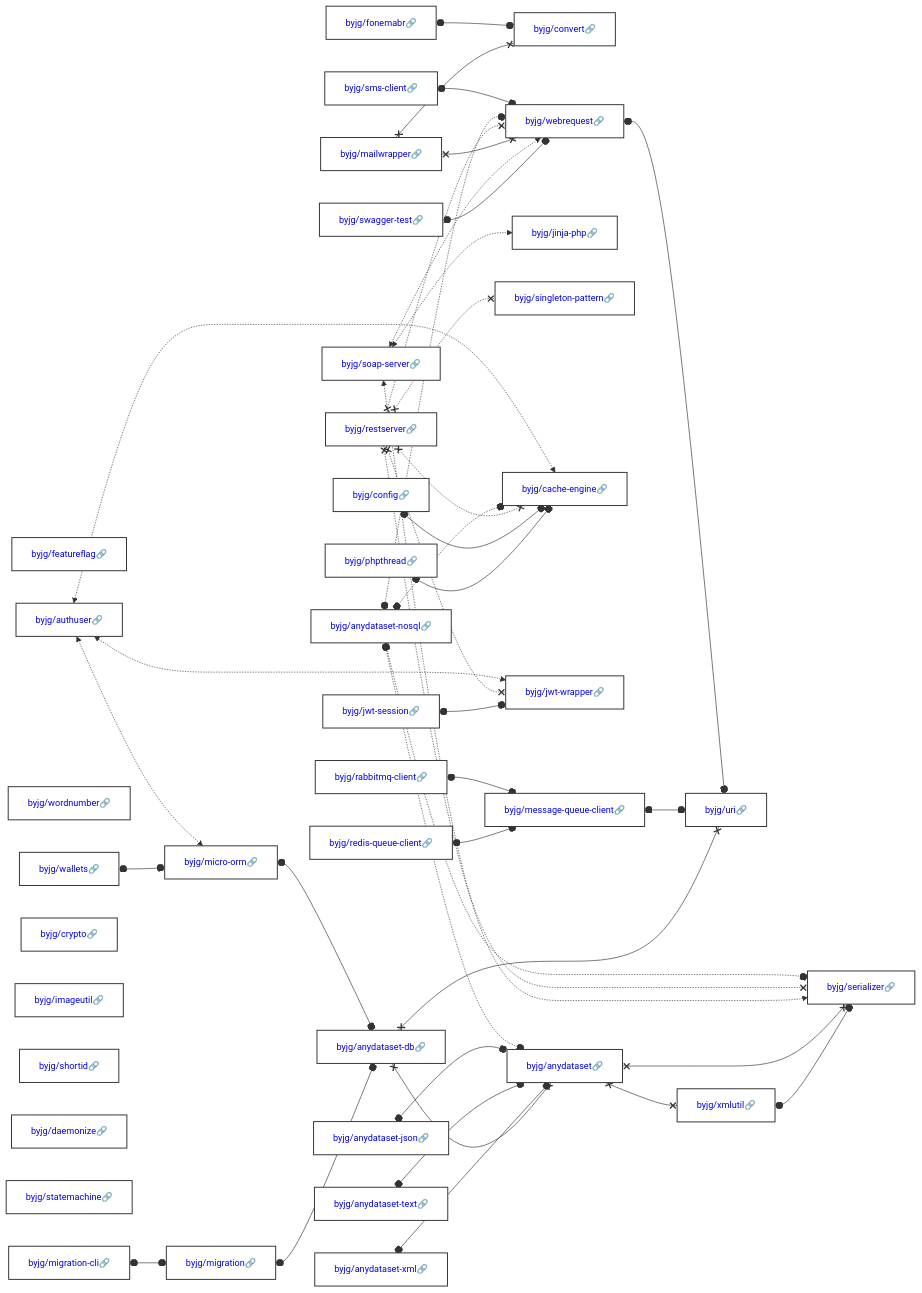
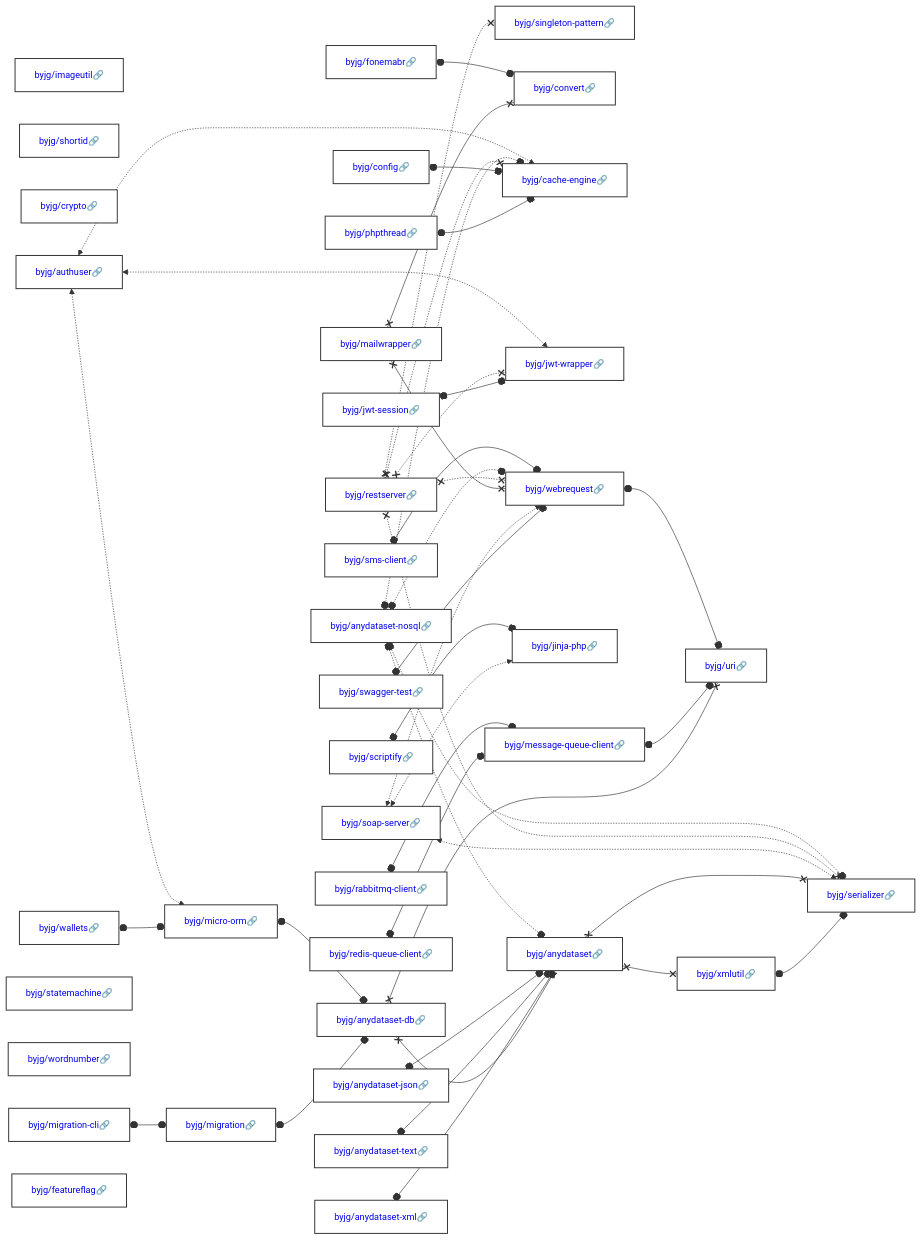
Before and after one commit to byjg/byjg.github.io: the diagram in docs/php/README.md, drawn with Mermaid. The commit also changed 8 other files, not shown here.

Commit message:
Update documentation 'php' 'php-scriptify'

````diff
--- a/docs/php/README.md
+++ b/docs/php/README.md
@@ -3,38 +3,38 @@
 ```mermaid
 graph LR;
+  byjg/sms-client[<a href='https://opensource.byjg.com/docs/php/sms-client' style='text-decoration:none'>byjg/sms-client🔗</a>];
+  byjg/config[<a href='https://opensource.byjg.com/docs/php/config' style='text-decoration:none'>byjg/config🔗</a>];
+  byjg/mailwrapper[<a href='https://opensource.byjg.com/docs/php/mailwrapper' style='text-decoration:none'>byjg/mailwrapper🔗</a>];
+  byjg/imageutil[<a href='https://opensource.byjg.com/docs/php/imageutil' style='text-decoration:none'>byjg/imageutil🔗</a>];
+  byjg/phpthread[<a href='https://opensource.byjg.com/docs/php/phpthread' style='text-decoration:none'>byjg/phpthread🔗</a>];
+  byjg/anydataset-text[<a href='https://opensource.byjg.com/docs/php/anydataset-text' style='text-decoration:none'>byjg/anydataset-text🔗</a>];
+  byjg/restserver[<a href='https://opensource.byjg.com/docs/php/restserver' style='text-decoration:none'>byjg/restserver🔗</a>];
+  byjg/shortid[<a href='https://opensource.byjg.com/docs/php/shortid' style='text-decoration:none'>byjg/shortid🔗</a>];
+  byjg/anydataset-json[<a href='https://opensource.byjg.com/docs/php/anydataset-json' style='text-decoration:none'>byjg/anydataset-json🔗</a>];
+  byjg/crypto[<a href='https://opensource.byjg.com/docs/php/crypto' style='text-decoration:none'>byjg/crypto🔗</a>];
+  byjg/authuser[<a href='https://opensource.byjg.com/docs/php/authuser' style='text-decoration:none'>byjg/authuser🔗</a>];
+  byjg/scriptify[<a href='https://opensource.byjg.com/docs/php/scriptify' style='text-decoration:none'>byjg/scriptify🔗</a>];
+  byjg/migration-cli[<a href='https://opensource.byjg.com/docs/php/migration-cli' style='text-decoration:none'>byjg/migration-cli🔗</a>];
+  byjg/fonemabr[<a href='https://opensource.byjg.com/docs/php/fonemabr' style='text-decoration:none'>byjg/fonemabr🔗</a>];
+  byjg/statemachine[<a href='https://opensource.byjg.com/docs/php/statemachine' style='text-decoration:none'>byjg/statemachine🔗</a>];
+  byjg/redis-queue-client[<a href='https://opensource.byjg.com/docs/php/redis-queue-client' style='text-decoration:none'>byjg/redis-queue-client🔗</a>];
+  byjg/wordnumber[<a href='https://opensource.byjg.com/docs/php/wordnumber' style='text-decoration:none'>byjg/wordnumber🔗</a>];
+  byjg/wallets[<a href='https://opensource.byjg.com/docs/php/wallets' style='text-decoration:none'>byjg/wallets🔗</a>];
+  byjg/anydataset-nosql[<a href='https://opensource.byjg.com/docs/php/anydataset-nosql' style='text-decoration:none'>byjg/anydataset-nosql🔗</a>];
+  byjg/jwt-session[<a href='https://opensource.byjg.com/docs/php/jwt-session' style='text-decoration:none'>byjg/jwt-session🔗</a>];
+  byjg/rabbitmq-client[<a href='https://opensource.byjg.com/docs/php/rabbitmq-client' style='text-decoration:none'>byjg/rabbitmq-client🔗</a>];
+  byjg/swagger-test[<a href='https://opensource.byjg.com/docs/php/swagger-test' style='text-decoration:none'>byjg/swagger-test🔗</a>];
   byjg/featureflag[<a href='https://opensource.byjg.com/docs/php/featureflag' style='text-decoration:none'>byjg/featureflag🔗</a>];
   byjg/anydataset-xml[<a href='https://opensource.byjg.com/docs/php/anydataset-xml' style='text-decoration:none'>byjg/anydataset-xml🔗</a>];
-  byjg/migration-cli[<a href='https://opensource.byjg.com/docs/php/migration-cli' style='text-decoration:none'>byjg/migration-cli🔗</a>];
-  byjg/wordnumber[<a href='https://opensource.byjg.com/docs/php/wordnumber' style='text-decoration:none'>byjg/wordnumber🔗</a>];
-  byjg/wallets[<a href='https://opensource.byjg.com/docs/php/wallets' style='text-decoration:none'>byjg/wallets🔗</a>];
-  byjg/crypto[<a href='https://opensource.byjg.com/docs/php/crypto' style='text-decoration:none'>byjg/crypto🔗</a>];
-  byjg/fonemabr[<a href='https://opensource.byjg.com/docs/php/fonemabr' style='text-decoration:none'>byjg/fonemabr🔗</a>];
-  byjg/sms-client[<a href='https://opensource.byjg.com/docs/php/sms-client' style='text-decoration:none'>byjg/sms-client🔗</a>];
-  byjg/rabbitmq-client[<a href='https://opensource.byjg.com/docs/php/rabbitmq-client' style='text-decoration:none'>byjg/rabbitmq-client🔗</a>];
-  byjg/anydataset-nosql[<a href='https://opensource.byjg.com/docs/php/anydataset-nosql' style='text-decoration:none'>byjg/anydataset-nosql🔗</a>];
-  byjg/mailwrapper[<a href='https://opensource.byjg.com/docs/php/mailwrapper' style='text-decoration:none'>byjg/mailwrapper🔗</a>];
-  byjg/imageutil[<a href='https://opensource.byjg.com/docs/php/imageutil' style='text-decoration:none'>byjg/imageutil🔗</a>];
-  byjg/redis-queue-client[<a href='https://opensource.byjg.com/docs/php/redis-queue-client' style='text-decoration:none'>byjg/redis-queue-client🔗</a>];
-  byjg/shortid[<a href='https://opensource.byjg.com/docs/php/shortid' style='text-decoration:none'>byjg/shortid🔗</a>];
-  byjg/daemonize[<a href='https://opensource.byjg.com/docs/php/daemonize' style='text-decoration:none'>byjg/daemonize🔗</a>];
-  byjg/phpthread[<a href='https://opensource.byjg.com/docs/php/phpthread' style='text-decoration:none'>byjg/phpthread🔗</a>];
-  byjg/statemachine[<a href='https://opensource.byjg.com/docs/php/statemachine' style='text-decoration:none'>byjg/statemachine🔗</a>];
-  byjg/config[<a href='https://opensource.byjg.com/docs/php/config' style='text-decoration:none'>byjg/config🔗</a>];
   byjg/soap-server[<a href='https://opensource.byjg.com/docs/php/soap-server' style='text-decoration:none'>byjg/soap-server🔗</a>];
-  byjg/authuser[<a href='https://opensource.byjg.com/docs/php/authuser' style='text-decoration:none'>byjg/authuser🔗</a>];
-  byjg/jwt-session[<a href='https://opensource.byjg.com/docs/php/jwt-session' style='text-decoration:none'>byjg/jwt-session🔗</a>];
-  byjg/anydataset-text[<a href='https://opensource.byjg.com/docs/php/anydataset-text' style='text-decoration:none'>byjg/anydataset-text🔗</a>];
-  byjg/anydataset-json[<a href='https://opensource.byjg.com/docs/php/anydataset-json' style='text-decoration:none'>byjg/anydataset-json🔗</a>];
-  byjg/restserver[<a href='https://opensource.byjg.com/docs/php/restserver' style='text-decoration:none'>byjg/restserver🔗</a>];
-  byjg/swagger-test[<a href='https://opensource.byjg.com/docs/php/swagger-test' style='text-decoration:none'>byjg/swagger-test🔗</a>];
+  byjg/singleton-pattern[<a href='https://opensource.byjg.com/docs/php/singleton-pattern' style='text-decoration:none'>byjg/singleton-pattern🔗</a>];
   byjg/migration[<a href='https://opensource.byjg.com/docs/php/migration' style='text-decoration:none'>byjg/migration🔗</a>];
   byjg/convert[<a href='https://opensource.byjg.com/docs/php/convert' style='text-decoration:none'>byjg/convert🔗</a>];
+  byjg/micro-orm[<a href='https://opensource.byjg.com/docs/php/micro-orm' style='text-decoration:none'>byjg/micro-orm🔗</a>];
+  byjg/cache-engine[<a href='https://opensource.byjg.com/docs/php/cache-engine' style='text-decoration:none'>byjg/cache-engine🔗</a>];
+  byjg/jwt-wrapper[<a href='https://opensource.byjg.com/docs/php/jwt-wrapper' style='text-decoration:none'>byjg/jwt-wrapper🔗</a>];
   byjg/message-queue-client[<a href='https://opensource.byjg.com/docs/php/message-queue-client' style='text-decoration:none'>byjg/message-queue-client🔗</a>];
   byjg/jinja-php[<a href='https://opensource.byjg.com/docs/php/jinja-php' style='text-decoration:none'>byjg/jinja-php🔗</a>];
-  byjg/micro-orm[<a href='https://opensource.byjg.com/docs/php/micro-orm' style='text-decoration:none'>byjg/micro-orm🔗</a>];
-  byjg/singleton-pattern[<a href='https://opensource.byjg.com/docs/php/singleton-pattern' style='text-decoration:none'>byjg/singleton-pattern🔗</a>];
-  byjg/cache-engine[<a href='https://opensource.byjg.com/docs/php/cache-engine' style='text-decoration:none'>byjg/cache-engine🔗</a>];
-  byjg/jwt-wrapper[<a href='https://opensource.byjg.com/docs/php/jwt-wrapper' style='text-decoration:none'>byjg/jwt-wrapper🔗</a>];
   byjg/webrequest[<a href='https://opensource.byjg.com/docs/php/webrequest' style='text-decoration:none'>byjg/webrequest🔗</a>];
   byjg/anydataset-db[<a href='https://opensource.byjg.com/docs/php/anydataset-db' style='text-decoration:none'>byjg/anydataset-db🔗</a>];
   byjg/anydataset[<a href='https://opensource.byjg.com/docs/php/anydataset' style='text-decoration:none'>byjg/anydataset🔗</a>];
@@ -56,6 +56,7 @@
   byjg/mailwrapper x--x byjg/convert;
   byjg/mailwrapper x--x byjg/webrequest;
   byjg/phpthread o--o byjg/cache-engine;
+  byjg/scriptify o--o byjg/jinja-php;
   byjg/webrequest o--o byjg/uri;
   byjg/migration-cli o--o byjg/migration;
   byjg/jwt-session o--o byjg/jwt-wrapper;
````
